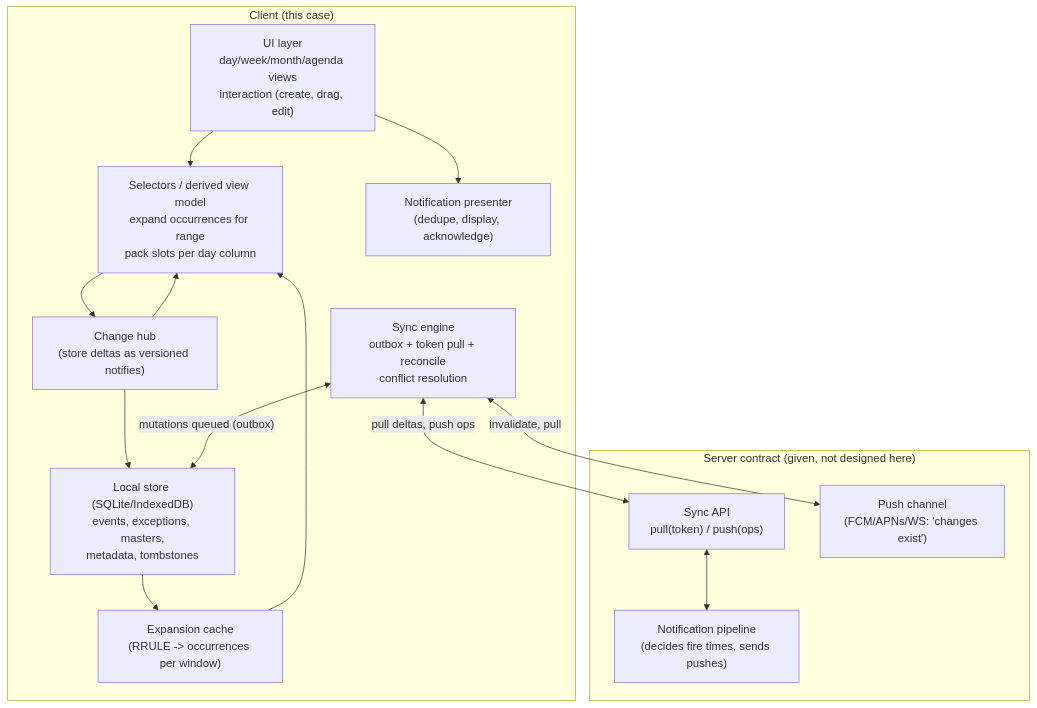
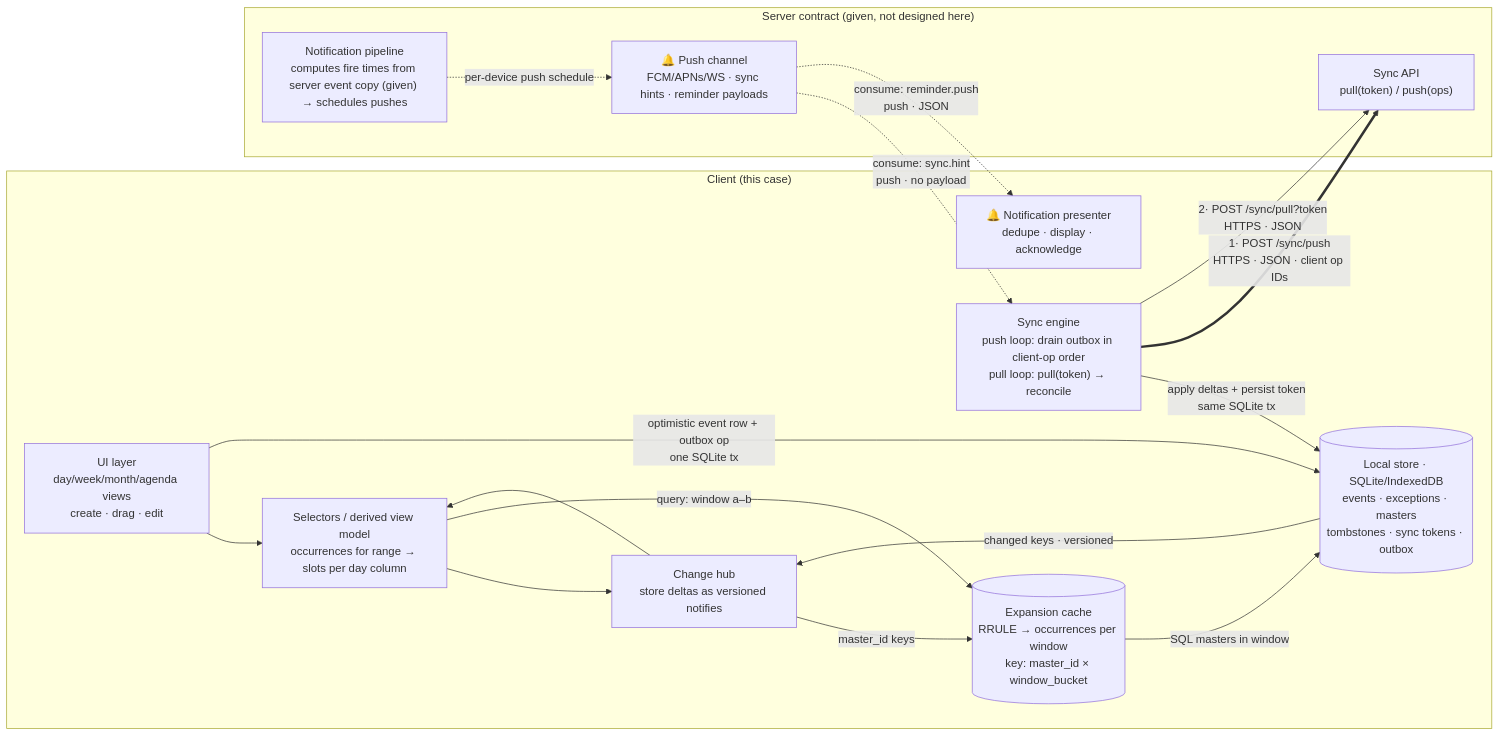
Before and after one commit to ramandika/system-design-problems: the diagram in study_cases/21.frontend-calendar/03-architecture.md, drawn with Mermaid. The commit also changed other lines of this file and 58 other files, not shown here.

First line of the commit message:
Add diagram standard and make 6 live diagrams compliant

````diff
--- a/study_cases/21.frontend-calendar/03-architecture.md
+++ b/study_cases/21.frontend-calendar/03-architecture.md
@@ -5,28 +7,31 @@
 ```mermaid
-flowchart TB
+flowchart LR
   subgraph Client["Client (this case)"]
-    UI["UI layer<br/>day/week/month/agenda views<br/>interaction (create, drag, edit)"]
-    SEL["Selectors / derived view model<br/>expand occurrences for range<br/>pack slots per day column"]
-    CH["Change hub<br/>(store deltas as versioned notifies)"]
-    LS["Local store (SQLite/IndexedDB)<br/>events, exceptions, masters,<br/>metadata, tombstones"]
-    SYNC["Sync engine<br/>outbox + token pull + reconcile<br/>conflict resolution"]
-    EXP["Expansion cache<br/>(RRULE -> occurrences per window)"]
-    NOTIF["Notification presenter<br/>(dedupe, display, acknowledge)"]
+    ui["UI layer<br/>day/week/month/agenda views<br/>create · drag · edit"]
+    sel["Selectors / derived view model<br/>occurrences for range → slots per day column"]
+    hub["Change hub<br/>store deltas as versioned notifies"]
+    ls[("Local store · SQLite/IndexedDB<br/>events · exceptions · masters<br/>tombstones · sync tokens · outbox")]
+    sync["Sync engine<br/>push loop: drain outbox in client-op order<br/>pull loop: pull(token) → reconcile"]
+    exp[("Expansion cache<br/>RRULE → occurrences per window<br/>key: master_id × window_bucket")]
+    bell["🔔 Notification presenter<br/>dedupe · display · acknowledge"]
   end
   subgraph Server["Server contract (given, not designed here)"]
-    API["Sync API<br/>pull(token) / push(ops)"]
-    PCH["Push channel<br/>(FCM/APNs/WS: 'changes exist')"]
-    NP["Notification pipeline<br/>(decides fire times, sends pushes)"]
+    api["Sync API<br/>pull(token) / push(ops)"]
+    pch["🔔 Push channel<br/>FCM/APNs/WS · sync hints · reminder payloads"]
+    np["Notification pipeline<br/>computes fire times from server event copy (given) → schedules pushes"]
   end
-  UI --> SEL
-  SEL --> CH
-  CH --> SEL
-  CH --> LS
-  LS --> EXP
-  EXP --> SEL
-  UI --> NOTIF
-  SYNC <-->|"mutations queued (outbox)"| LS
-  SYNC <-->|"pull deltas, push ops"| API
-  SYNC <-->|"invalidate, pull"| PCH
-  API <--> NP
+  ui --> sel
+  sel --> hub
+  hub --> sel
+  ls -->|"changed keys · versioned"| hub
+  exp -->|"SQL masters in window"| ls
+  hub -->|"master_id keys"| exp
+  sel -->|"query: window a–b"| exp
+  ui -->|"optimistic event row + outbox op<br/>one SQLite tx"| ls
+  sync -->|"apply deltas + persist token<br/>same SQLite tx"| ls
+  sync ==>|"1· POST /sync/push<br/>HTTPS · JSON · client op IDs"| api
+  sync -->|"2· POST /sync/pull?token<br/>HTTPS · JSON"| api
+  pch -.->|"consume: sync.hint<br/>push · no payload"| sync
+  np -.->|"per-device push schedule"| pch
+  pch -.->|"consume: reminder.push<br/>push · JSON"| bell
 ```
````
